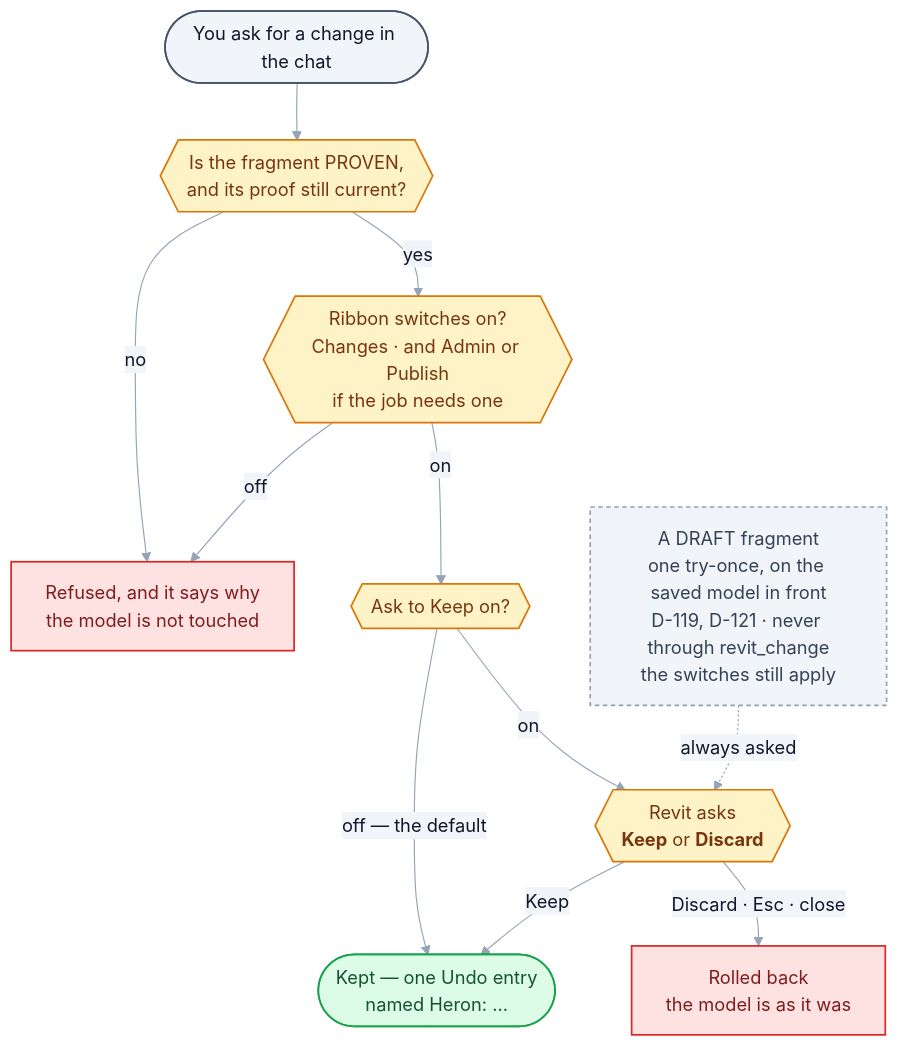
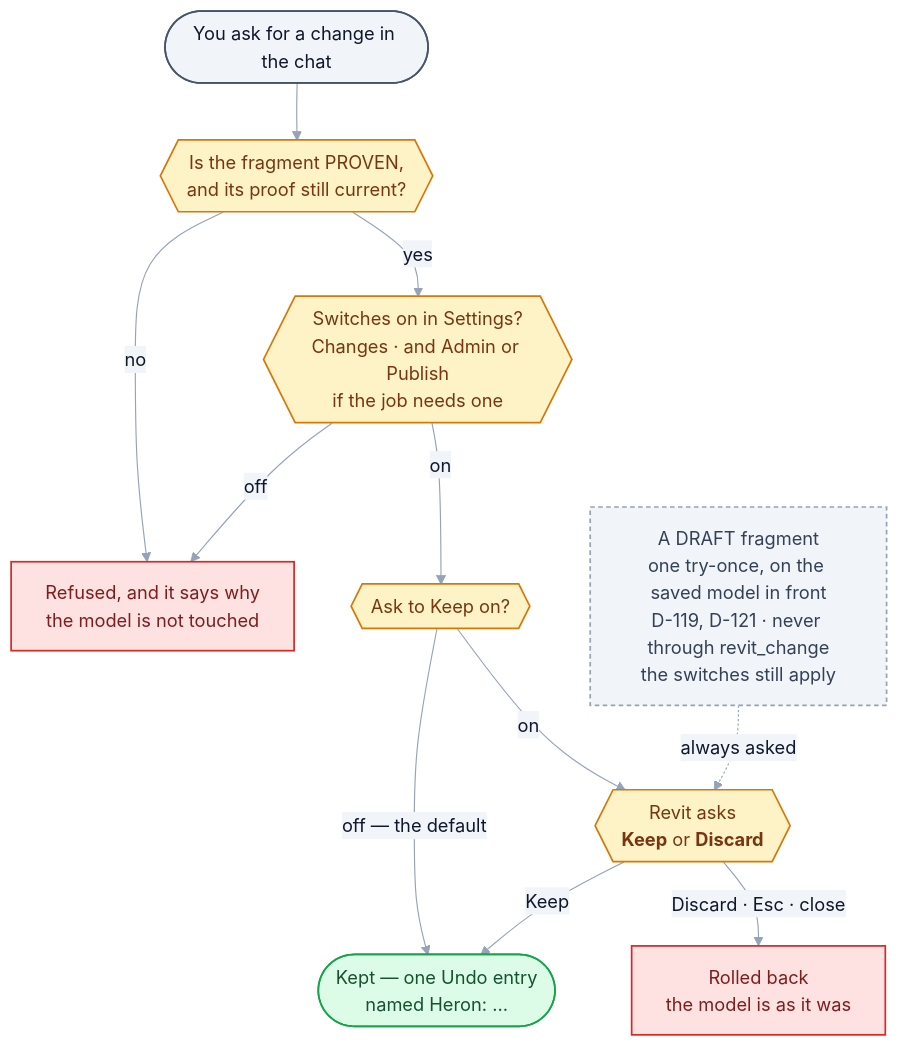
The third of 3 diagrams in README.md (Ajmalpshaik/Heron-AI), drawn with Mermaid before and after one commit. The commit also changed other lines of this file and 6 other files, not shown here.

````diff
--- a/README.md
+++ b/README.md
@@ -237,35 +237,35 @@
 ```mermaid
 %%{init: {"themeVariables": {"edgeLabelBackground":"#F1F5F9","lineColor":"#94A3B8","textColor":"#0F172A","tertiaryTextColor":"#0F172A"}}}%%
 flowchart TD
     A(["You ask for a change in the chat"])
     P{{"Is the fragment PROVEN,<br/>and its proof still current?"}}
-    S{{"Ribbon switches on?<br/>Changes · and Admin or Publish<br/>if the job needs one"}}
+    S{{"Switches on in Settings?<br/>Changes · and Admin or Publish<br/>if the job needs one"}}
     K{{"Ask to Keep on?"}}
     B{{"Revit asks<br/><b>Keep</b> or <b>Discard</b>"}}
     KEEP(["Kept — one Undo entry<br/>named Heron: …"])
     NO["Refused, and it says why<br/>the model is not touched"]
     BACK["Rolled back<br/>the model is as it was"]
     T["A DRAFT fragment<br/>one try-once, on the saved model in front<br/>D-119, D-121 · never through revit_change<br/>the switches still apply"]
 
     A --> P
     P -->|no| NO
     P -->|yes| S
     S -->|off| NO
     S -->|on| K
     K -->|"off — the default"| KEEP
     K -->|on| B
     B -->|Keep| KEEP
     B -->|"Discard · Esc · close"| BACK
     T -.->|always asked| B
 
     classDef user fill:#F1F5F9,stroke:#475569,stroke-width:1.5px,color:#0F172A
     classDef check fill:#FEF3C7,stroke:#D97706,stroke-width:1.5px,color:#78350F
     classDef good fill:#DCFCE7,stroke:#16A34A,stroke-width:1.5px,color:#14532D
     classDef stop fill:#FEE2E2,stroke:#DC2626,stroke-width:1.5px,color:#7F1D1D
     classDef draft fill:#F1F5F9,stroke:#94A3B8,stroke-width:1.5px,color:#334155,stroke-dasharray:4 3
     class A user
     class P,S,K,B check
     class KEEP good
     class NO,BACK stop
     class T draft
 ```
````
